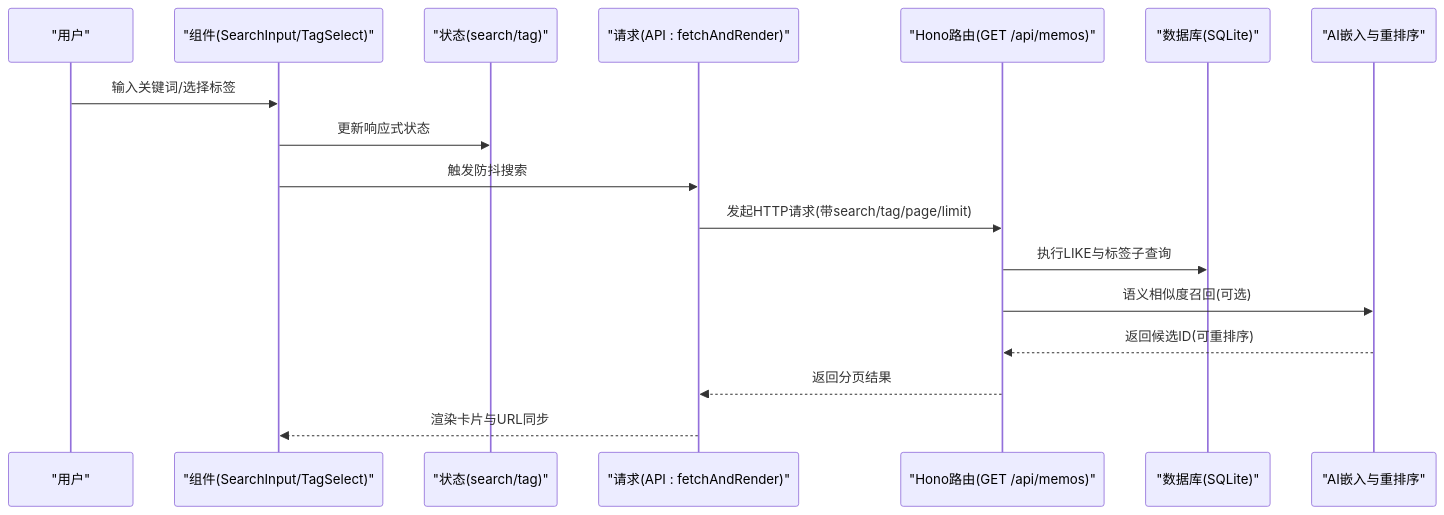
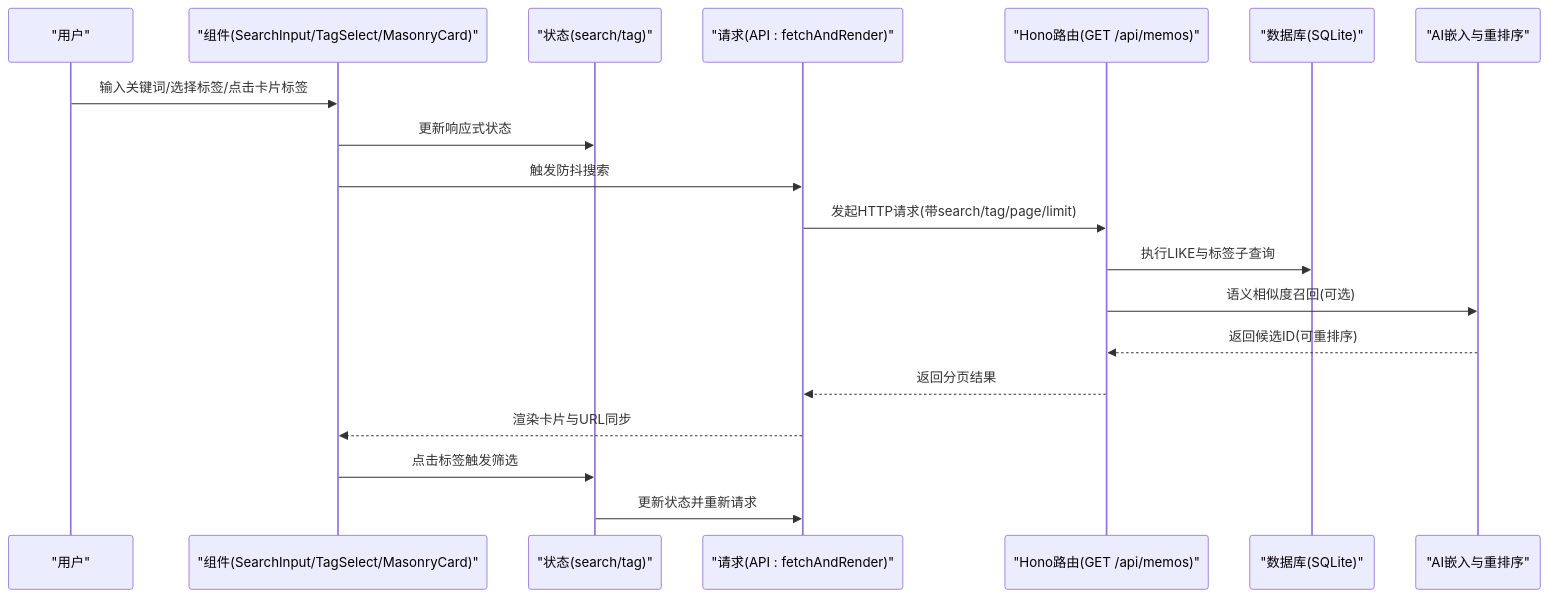
The second of 9 diagrams in .qoder/repowiki/zh/content/前端应用/Masonry瀑布流界面/搜索与过滤功能.md (BlackBoxRecorder/memos), drawn with Mermaid before and after one commit. The commit also changed other lines of this file and 30 other files, not shown here.

````diff
--- a/.qoder/repowiki/zh/content/前端应用/Masonry瀑布流界面/搜索与过滤功能.md
+++ b/.qoder/repowiki/zh/content/前端应用/Masonry瀑布流界面/搜索与过滤功能.md
@@ -95,19 +110,21 @@
 ```mermaid
 sequenceDiagram
 participant U as "用户"
-participant C as "组件(SearchInput/TagSelect)"
+participant C as "组件(SearchInput/TagSelect/MasonryCard)"
 participant S as "状态(search/tag)"
 participant A as "请求(API : fetchAndRender)"
 participant H as "Hono路由(GET /api/memos)"
 participant D as "数据库(SQLite)"
 participant E as "AI嵌入与重排序"
-U->>C : 输入关键词/选择标签
+U->>C : 输入关键词/选择标签/点击卡片标签
 C->>S : 更新响应式状态
 C->>A : 触发防抖搜索
 A->>H : 发起HTTP请求(带search/tag/page/limit)
 H->>D : 执行LIKE与标签子查询
 H->>E : 语义相似度召回(可选)
 E-->>H : 返回候选ID(可重排序)
 H-->>A : 返回分页结果
 A-->>C : 渲染卡片与URL同步
+C->>S : 点击标签触发筛选
+S->>A : 更新状态并重新请求
 ```
````
